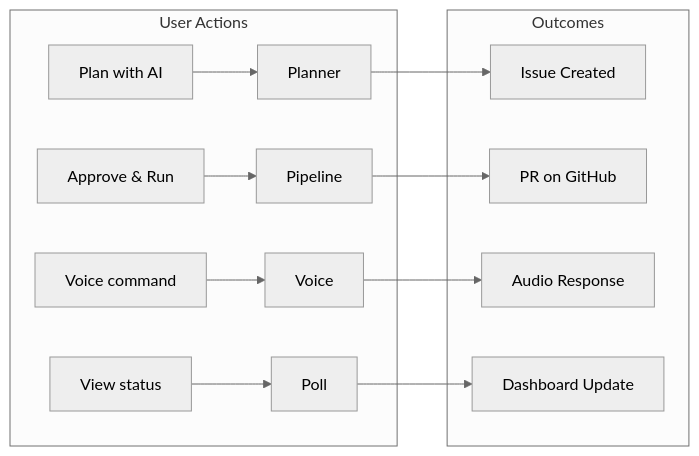
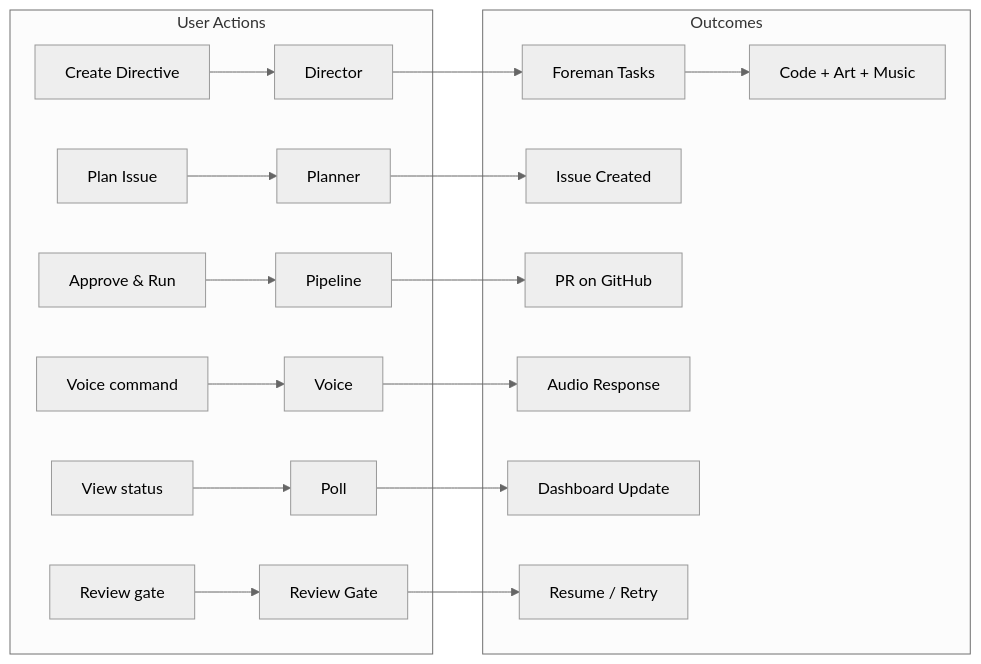
One commit to reffdev/auto-swe changed the second of 2 diagrams in docs/architecture/01-system-overview.md. Above: the diagram before and after it, drawn with Mermaid (neutral theme). The commit also changed other lines of this file and 18 other files, not shown here.

````diff
--- a/docs/architecture/01-system-overview.md
+++ b/docs/architecture/01-system-overview.md
@@ -68,16 +127,21 @@
 ```mermaid
 graph LR
     subgraph User Actions
-        A1["Plan with AI"] --> Planner
-        A2["Approve & Run"] --> Pipeline
-        A3["Voice command"] --> Voice
-        A4["View status"] --> Poll
+        A1["Create Directive"] --> Director
+        A2["Plan Issue"] --> Planner["Planner"]
+        A3["Approve & Run"] --> Pipeline
+        A4["Voice command"] --> Voice
+        A5["View status"] --> Poll
+        A6["Review gate"] --> ReviewGate["Review Gate"]
     end
 
     subgraph Outcomes
+        Director --> Tasks["Foreman Tasks"]
+        Tasks --> Execution["Code + Art + Music"]
         Planner --> Issue["Issue Created"]
-        Pipeline --> PR["PR on GitHub"]
+        Pipeline --> PR1["PR on GitHub"]
         Voice --> Audio["Audio Response"]
         Poll --> UI["Dashboard Update"]
+        ReviewGate --> Resume["Resume / Retry"]
     end
 ```
````
